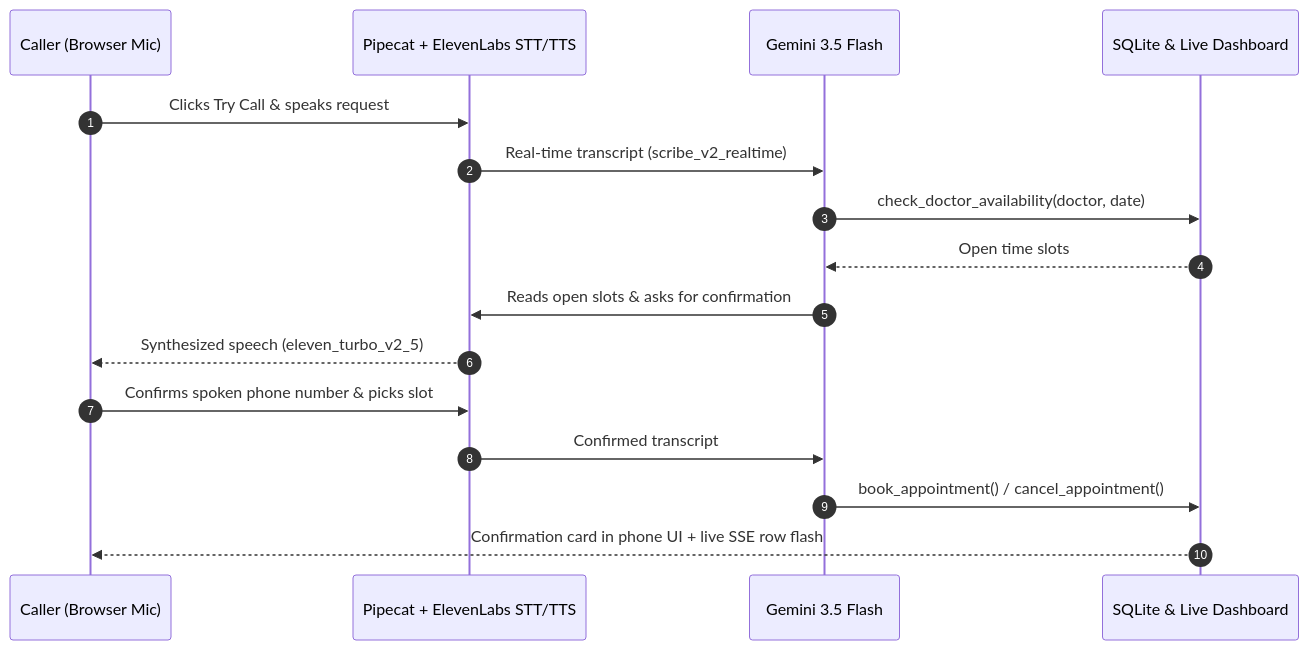
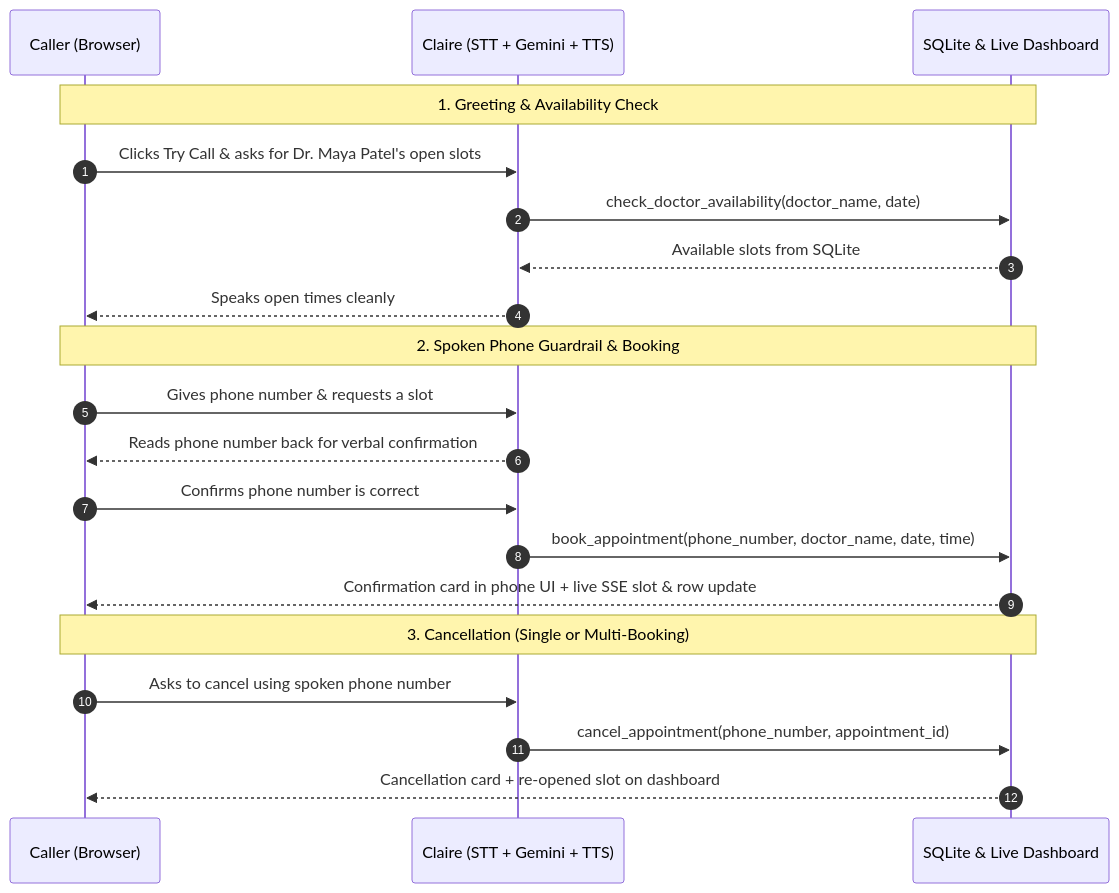
Before and after one commit to 26Utkarsh/Alderbrook-AI-Reception: the second of 2 diagrams in README.md, drawn with Mermaid. The commit also changed other lines of this file, not shown here.

Commit message:
Final polish for README: styled diagrams, full reference tables, and setup guide

````diff
--- a/README.md
+++ b/README.md
@@ -52,20 +64,25 @@
 ```mermaid
 sequenceDiagram
     autonumber
-    participant Caller as Caller (Browser Mic)
-    participant Voice as Pipecat + ElevenLabs STT/TTS
-    participant LLM as Gemini 3.5 Flash
-    participant Store as SQLite & Live Dashboard
+    participant Caller as Caller (Browser)
+    participant Claire as Claire (STT + Gemini + TTS)
+    participant Clinic as SQLite & Live Dashboard
 
-    Caller->>Voice: Clicks Try Call & speaks request
-    Voice->>LLM: Real-time transcript (scribe_v2_realtime)
-    LLM->>Store: check_doctor_availability(doctor, date)
-    Store-->>LLM: Open time slots
-    LLM->>Voice: Reads open slots & asks for confirmation
-    Voice-->>Caller: Synthesized speech (eleven_turbo_v2_5)
+    Note over Caller,Clinic: 1. Greeting & Availability Check
+    Caller->>Claire: Clicks Try Call & asks for Dr. Maya Patel's open slots
+    Claire->>Clinic: check_doctor_availability(doctor_name, date)
+    Clinic-->>Claire: Available slots from SQLite
+    Claire-->>Caller: Speaks open times cleanly
 
-    Caller->>Voice: Confirms spoken phone number & picks slot
-    Voice->>LLM: Confirmed transcript
-    LLM->>Store: book_appointment() / cancel_appointment()
-    Store-->>Caller: Confirmation card in phone UI + live SSE row flash
+    Note over Caller,Clinic: 2. Spoken Phone Guardrail & Booking
+    Caller->>Claire: Gives phone number & requests a slot
+    Claire-->>Caller: Reads phone number back for verbal confirmation
+    Caller->>Claire: Confirms phone number is correct
+    Claire->>Clinic: book_appointment(phone_number, doctor_name, date, time)
+    Clinic-->>Caller: Confirmation card in phone UI + live SSE slot & row update
+
+    Note over Caller,Clinic: 3. Cancellation (Single or Multi-Booking)
+    Caller->>Claire: Asks to cancel using spoken phone number
+    Claire->>Clinic: cancel_appointment(phone_number, appointment_id)
+    Clinic-->>Caller: Cancellation card + re-opened slot on dashboard
 ```
````
